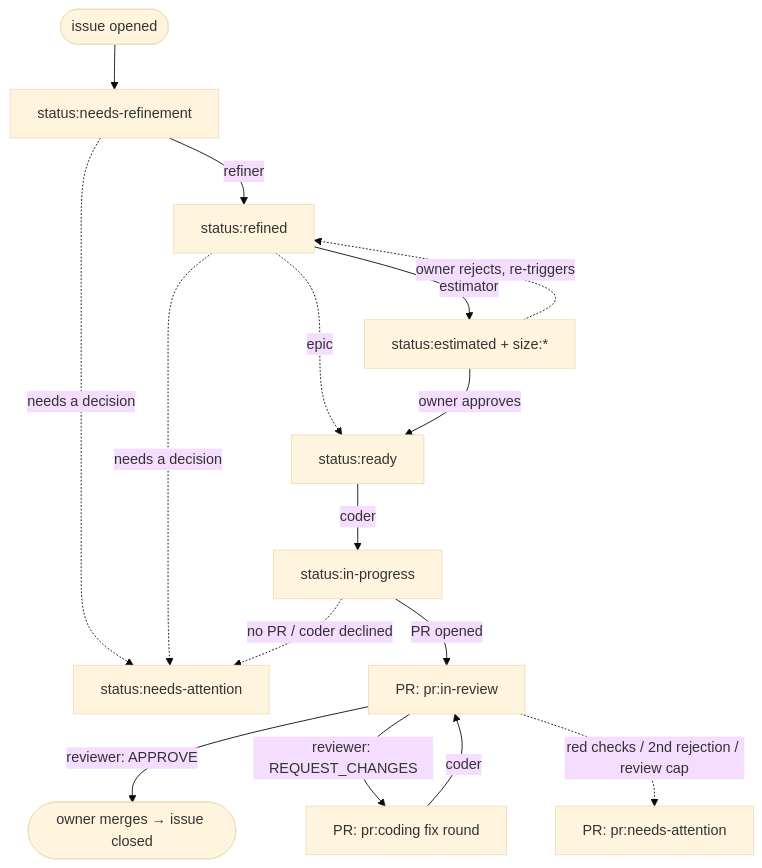
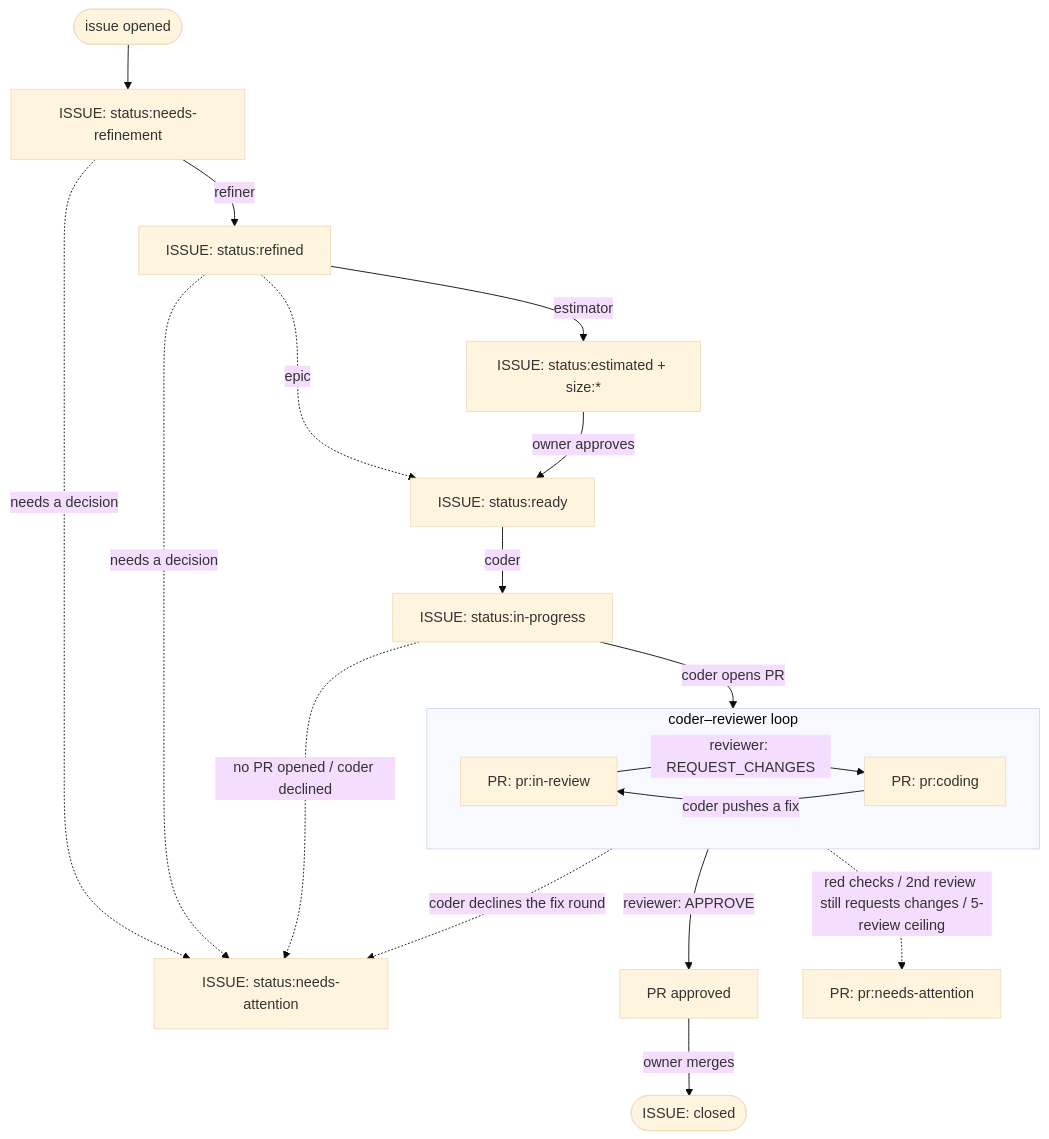
One commit to abi83/interns changed the diagram in README.md. Above: the diagram before and after it, drawn with Mermaid (base theme). The commit also changed other lines of this file and 1 other file, not shown here.

Commit message:
manual readme adjustments

````diff
--- a/README.md
+++ b/README.md
@@ -29,18 +29,24 @@
 ```mermaid
 flowchart TD
-    new([issue opened]) --> nr[status:needs-refinement]
-    nr -->|refiner| refined[status:refined]
-    nr -.->|needs a decision| na[status:needs-attention]
-    refined -->|estimator| est[status:estimated + size:*]
+    new([issue opened]) --> nr["ISSUE: status:needs-refinement"]
+    nr -->|refiner| refined["ISSUE: status:refined"]
+    nr -.->|needs a decision| na["ISSUE: status:needs-attention"]
+    refined -->|estimator| est["ISSUE: status:estimated + size:*"]
     refined -.->|epic| ready
     refined -.->|needs a decision| na
-    est -->|owner approves| ready[status:ready]
-    est -.->|owner rejects, re-triggers| refined
-    ready -->|coder| inprog[status:in-progress]
-    inprog -->|PR opened| review[PR: pr:in-review]
-    review -->|reviewer: APPROVE| merge([owner merges → issue closed])
-    review -->|reviewer: REQUEST_CHANGES| fix[PR: pr:coding fix round]
-    fix -->|coder| review
-    review -.->|red checks / 2nd rejection / review cap| prna[PR: pr:needs-attention]
-    inprog -.->|no PR / coder declined| na
+    est -->|owner approves| ready["ISSUE: status:ready"]
+    ready -->|coder| inprog["ISSUE: status:in-progress"]
+    inprog -.->|no PR opened / coder declined| na
+
+    inprog -->|coder opens PR| loop
+
+    subgraph loop [coder–reviewer loop]
+        inreview["PR: pr:in-review"] -->|reviewer: REQUEST_CHANGES| coding["PR: pr:coding"]
+        coding -->|coder pushes a fix| inreview
+    end
+
+    loop -->|reviewer: APPROVE| approved["PR approved"]
+    approved -->|owner merges| closed(["ISSUE: closed"])
+    loop -.->|red checks / 2nd review still requests changes / 5-review ceiling| prna["PR: pr:needs-attention"]
+    loop -.->|coder declines the fix round| na
 ```
````
